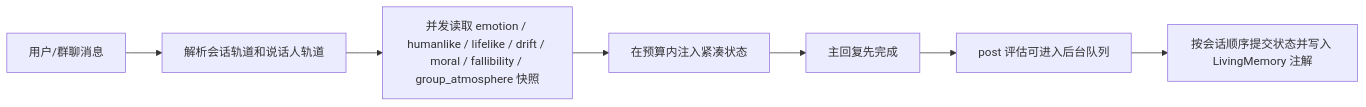
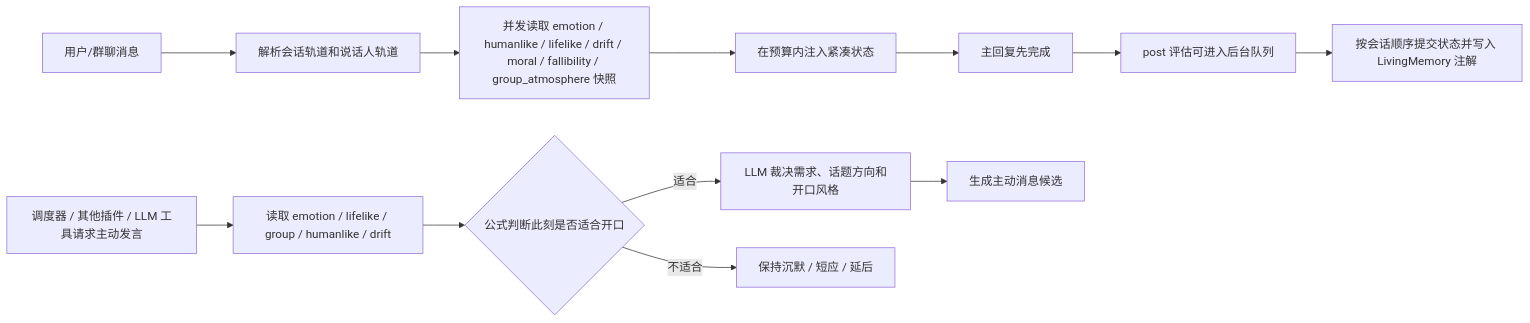
The first of 2 diagrams in README.md (Ayleovelle/astrbot_plugin_sylanne), drawn with Mermaid before and after one commit. The commit also changed other lines of this file and 37 other files, not shown here.

````diff
--- a/README.md
+++ b/README.md
@@ -108,9 +116,15 @@
 ```mermaid
 flowchart LR
   A["用户/群聊消息"] --> B["解析会话轨道和说话人轨道"]
   B --> C["并发读取 emotion / humanlike / lifelike / drift / moral / fallibility / group_atmosphere 快照"]
   C --> D["在预算内注入紧凑状态"]
   D --> E["主回复先完成"]
   E --> F["post 评估可进入后台队列"]
   F --> G["按会话顺序提交状态并写入 LivingMemory 注解"]
+
+  H["调度器 / 其他插件 / LLM 工具请求主动发言"] --> I["读取 emotion / lifelike / group / humanlike / drift"]
+  I --> J{"公式判断此刻是否适合开口"}
+  J -- "适合" --> K["LLM 裁决需求、话题方向和开口风格"]
+  J -- "不适合" --> L["保持沉默 / 短应 / 延后"]
+  K --> M["生成主动消息候选"]
 ```
````
